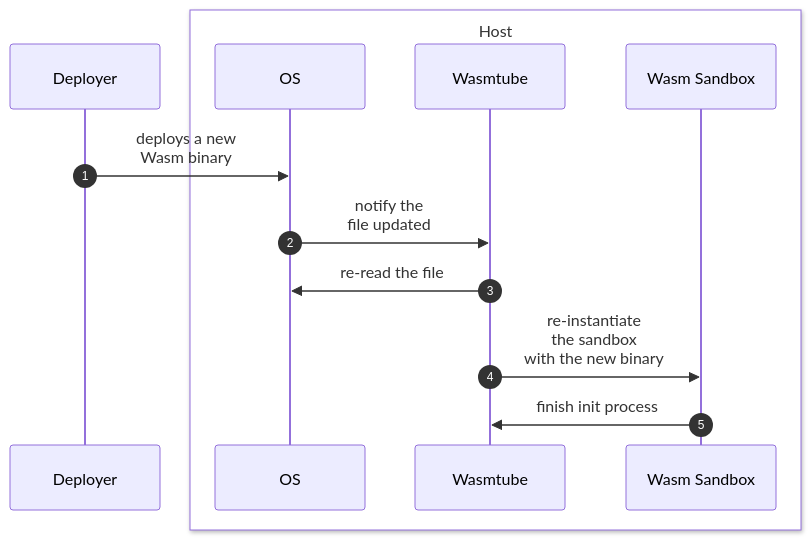
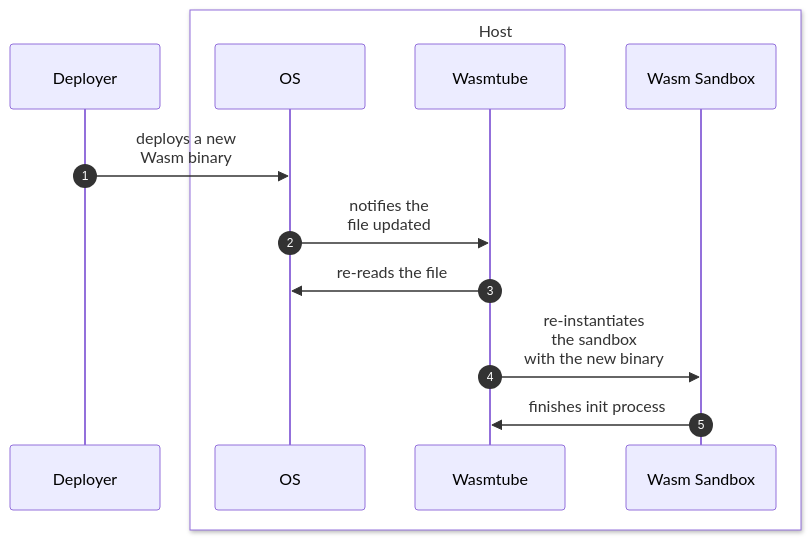
Before and after one commit to kentaro/wasmtube: the third of 3 diagrams in README.md, drawn with Mermaid. The commit also changed other lines of this file, not shown here.

````diff
--- a/README.md
+++ b/README.md
@@ -95,17 +95,17 @@
 ```mermaid
 sequenceDiagram
   autonumber
 
   participant Deployer
   box White Host
     participant OS
     participant Wasmtube
     participant Wasm Sandbox
   end
 
   Deployer ->> OS: deploys a new <br> Wasm binary
-  OS ->> Wasmtube: notify the <br> file updated
-  Wasmtube ->> OS: re-read the file
-  Wasmtube ->> Wasm Sandbox: re-instantiate <br> the sandbox <br> with the new binary
-  Wasm Sandbox ->> Wasmtube: finish init process
+  OS ->> Wasmtube: notifies the <br> file updated
+  Wasmtube ->> OS: re-reads the file
+  Wasmtube ->> Wasm Sandbox: re-instantiates <br> the sandbox <br> with the new binary
+  Wasm Sandbox ->> Wasmtube: finishes init process
 ```
````
